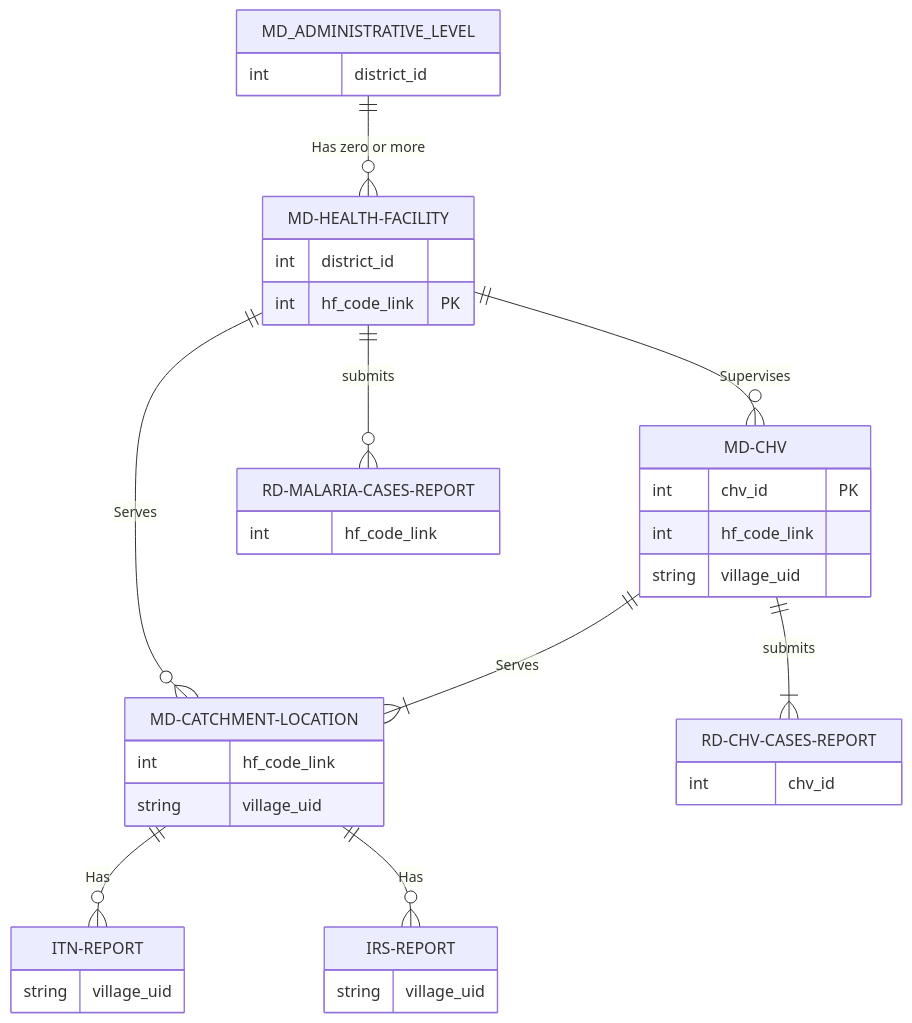
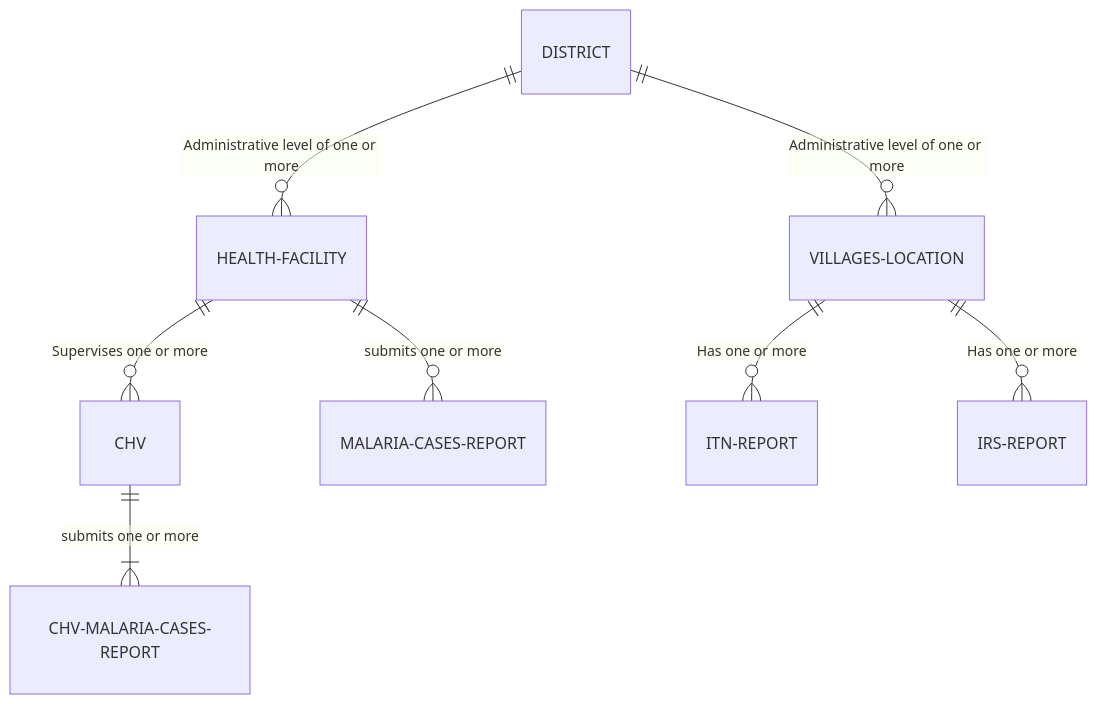
The diagram in documentation/docs/index.md (Hamza-ye/nmcpye-data-mapping), drawn with Mermaid before and after one commit. The commit also changed other lines of this file and 33 other files, not shown here.

````diff
--- a/documentation/docs/index.md
+++ b/documentation/docs/index.md
@@ -34,40 +35,10 @@
 ```mermaid
 erDiagram
-  MD_ADMINISTRATIVE_LEVEL ||--o{ MD-HEALTH-FACILITY : "Has zero or more"
-  MD_ADMINISTRATIVE_LEVEL {
-        int district_id
-  }
-  MD-HEALTH-FACILITY ||--o{ MD-CATCHMENT-LOCATION : Serves
-  MD-HEALTH-FACILITY ||--o{ MD-CHV : Supervises
-  MD-HEALTH-FACILITY ||--o{ RD-MALARIA-CASES-REPORT : submits
-  MD-HEALTH-FACILITY {
-        int district_id
-        int hf_code_link PK
-
-  }
-  MD-CATCHMENT-LOCATION {
-        int hf_code_link
-        string village_uid
-  }
-  MD-CHV ||--|{ RD-CHV-CASES-REPORT : submits
-  MD-CHV ||--|{ MD-CATCHMENT-LOCATION : Serves
-  MD-CHV {
-        int chv_id PK
-        int hf_code_link
-        string village_uid
-  }
-  RD-MALARIA-CASES-REPORT {
-        int hf_code_link
-  }
-  RD-CHV-CASES-REPORT {
-        int chv_id
-  }
-  MD-CATCHMENT-LOCATION ||--o{ ITN-REPORT : Has
-  MD-CATCHMENT-LOCATION ||--o{ IRS-REPORT : Has
-  ITN-REPORT {
-        string village_uid
-  }
-  IRS-REPORT {
-        string village_uid
-  }
+  DISTRICT ||--o{ HEALTH-FACILITY : "Administrative level of one or more"
+  DISTRICT ||--o{ VILLAGES-LOCATION : "Administrative level of one or more"
+  HEALTH-FACILITY ||--o{ CHV : "Supervises one or more"
+  HEALTH-FACILITY ||--o{ MALARIA-CASES-REPORT : "submits one or more"
+  CHV ||--|{ CHV-MALARIA-CASES-REPORT : "submits one or more"
+  VILLAGES-LOCATION ||--o{ ITN-REPORT : "Has one or more"
+  VILLAGES-LOCATION ||--o{ IRS-REPORT : "Has one or more"
 ```
````
